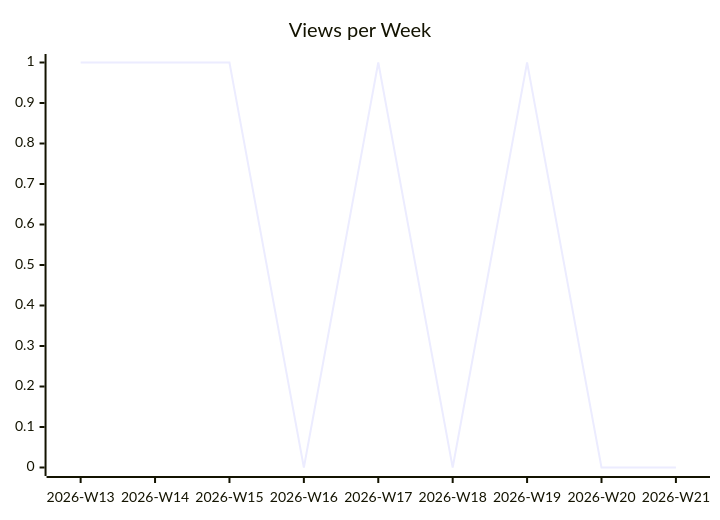
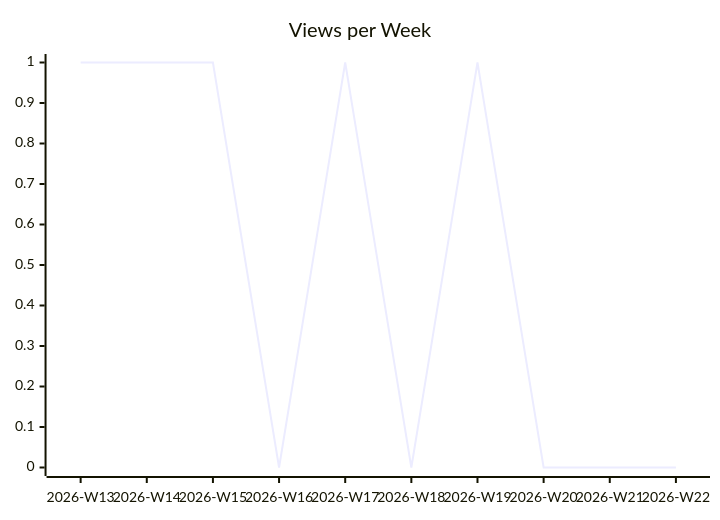
Before and after one commit to justdavis-family/github-analytics-data: the second of 3 diagrams in karlmdavis/ansible-role-jenkins2/README.md, drawn with Mermaid. The commit also changed other lines of this file and 190 other files, not shown here.

````diff
--- a/karlmdavis/ansible-role-jenkins2/README.md
+++ b/karlmdavis/ansible-role-jenkins2/README.md
@@ -12,6 +12,6 @@
 ```mermaid
 xychart-beta
   title "Views per Week"
-  x-axis ["2026-W13", "2026-W14", "2026-W15", "2026-W16", "2026-W17", "2026-W18", "2026-W19", "2026-W20", "2026-W21"]
-  line [1, 1, 1, 0, 1, 0, 1, 0, 0]
+  x-axis ["2026-W13", "2026-W14", "2026-W15", "2026-W16", "2026-W17", "2026-W18", "2026-W19", "2026-W20", "2026-W21", "2026-W22"]
+  line [1, 1, 1, 0, 1, 0, 1, 0, 0, 0]
 ```
````
